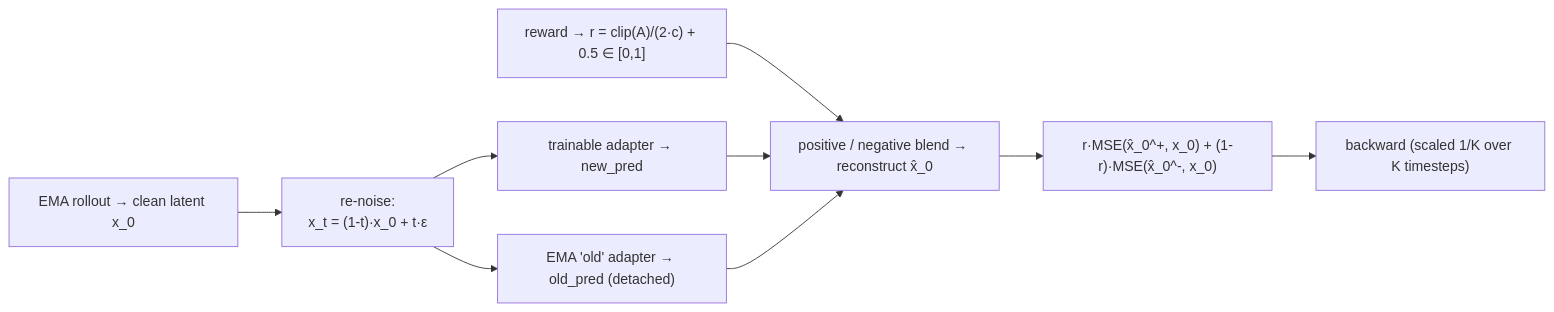
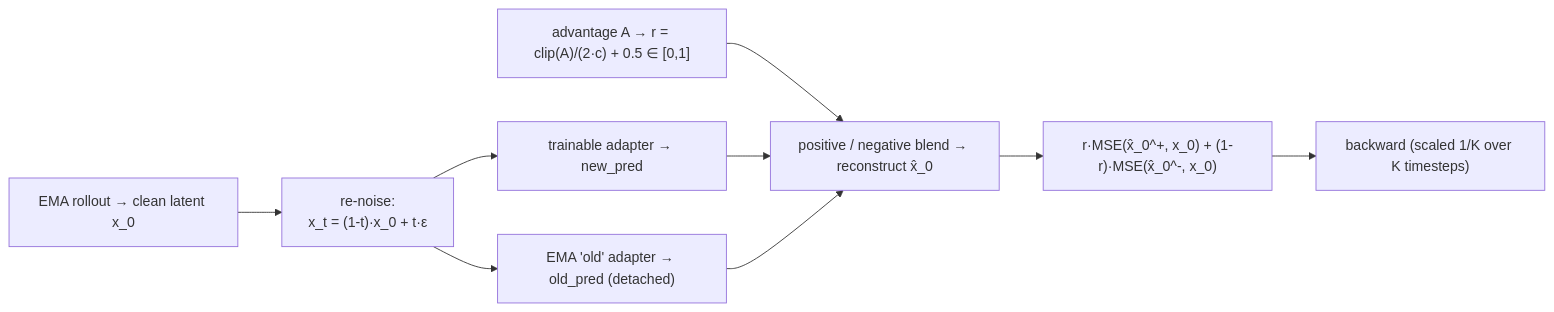
Before and after one commit to celve/unirl: the first of 2 diagrams in algorithm_tutorials/diffusionNFT/README.md, drawn with Mermaid. The commit also changed other lines of this file and 5 other files, not shown here.

Commit message:
docs(algorithm_tutorials): inline core-loss code + trajectory diagrams (#227)

````diff
--- a/algorithm_tutorials/diffusionNFT/README.md
+++ b/algorithm_tutorials/diffusionNFT/README.md
@@ -26,11 +37,11 @@
 ```mermaid
 flowchart LR
     EMA["EMA rollout → clean latent x_0"] --> RN["re-noise:<br/>x_t = (1-t)·x_0 + t·ε"]
-    R["reward → r = clip(A)/(2·c) + 0.5 ∈ [0,1]"] --> Blend
+    R["advantage A → r = clip(A)/(2·c) + 0.5 ∈ [0,1]"] --> Blend
     RN --> New["trainable adapter → new_pred"]
     RN --> Old["EMA 'old' adapter → old_pred (detached)"]
     New --> Blend["positive / negative blend → reconstruct x̂_0"]
     Old --> Blend
     Blend --> Loss["r·MSE(x̂_0^+, x_0) + (1-r)·MSE(x̂_0^-, x_0)"]
     Loss --> Bk["backward (scaled 1/K over K timesteps)"]
 ```
````
